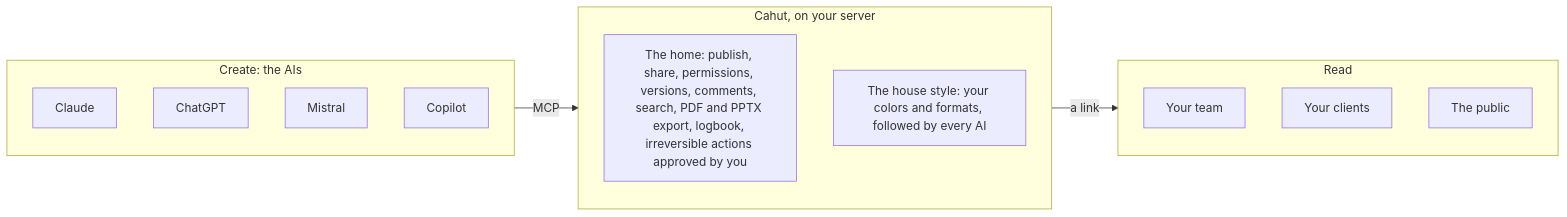
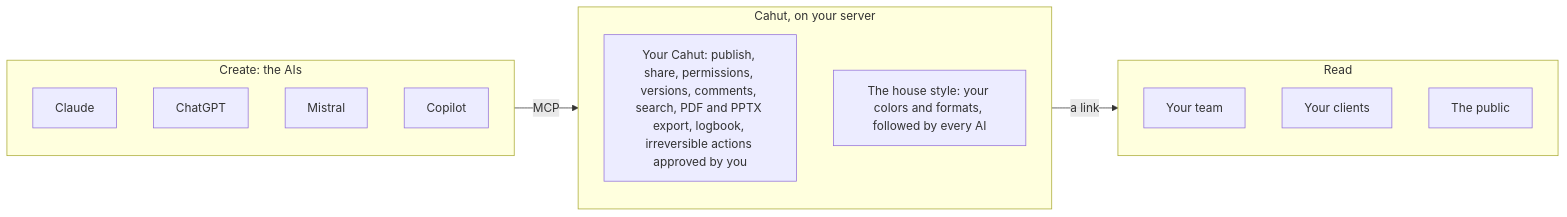
Before and after one commit to cahutcloud/cahut: the diagram in README.md, drawn with Mermaid. The commit also changed other lines of this file and 3 other files, not shown here.

````diff
--- a/README.md
+++ b/README.md
@@ -38,20 +38,20 @@
 ```mermaid
 flowchart LR
   subgraph AI["Create: the AIs"]
     C[Claude]
     G[ChatGPT]
     M[Mistral]
     P[Copilot]
   end
   subgraph CAHUT["Cahut, on your server"]
-    H["The home: publish, share, permissions, versions, comments, search, PDF and PPTX export, logbook, irreversible actions approved by you"]
+    H["Your Cahut: publish, share, permissions, versions, comments, search, PDF and PPTX export, logbook, irreversible actions approved by you"]
     S["The house style: your colors and formats, followed by every AI"]
   end
   subgraph READ["Read"]
     E[Your team]
     CL[Your clients]
     PU[The public]
   end
   AI -- MCP --> CAHUT
   CAHUT -- a link --> READ
 ```
````
